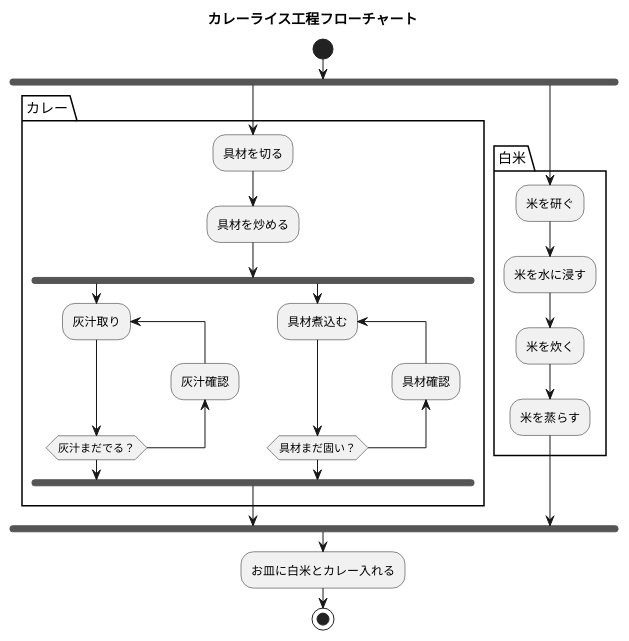
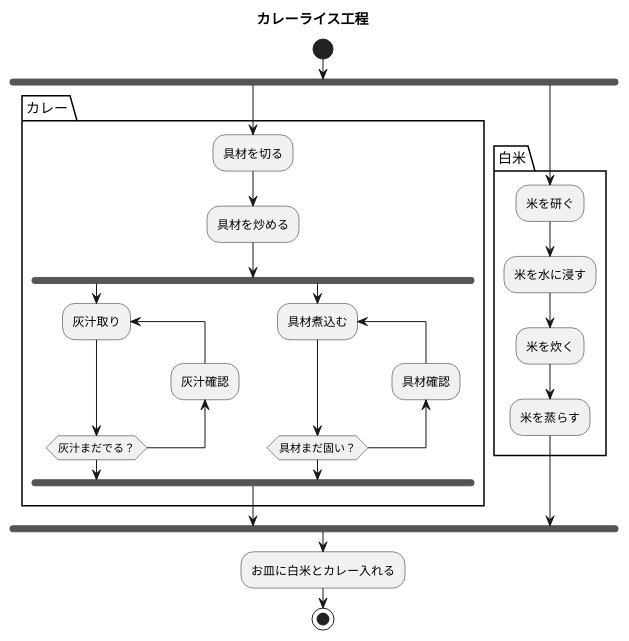
The first of 5 diagrams in 第8設備技術勉強会.md (tomtom0915/PlantUMLSample), drawn with PlantUML before and after one commit. The commit also changed other lines of this file, not shown here.

````diff
--- a/第8設備技術勉強会.md
+++ b/第8設備技術勉強会.md
@@ -4,32 +13,32 @@
 ```plantuml
 skinparam monochrome true
 
-title カレーライス工程フローチャート
+title カレーライス工程
 start
 
 fork
 package "カレー"{
     :具材を切る;
     :具材を炒める;
     fork
       repeat:灰汁取り;
       backward:灰汁確認;
       repeat while(灰汁まだでる？)
     fork again
       repeat:具材煮込む;
       backward:具材確認;
       repeat while(具材まだ固い？)
     end fork
 }
 fork again
 package "白米"{
     :米を研ぐ;
     :米を水に浸す;
     :米を炊く;
     :米を蒸らす;
 }
 end fork
 
 :お皿に白米とカレー入れる;
 stop
 ```
````
